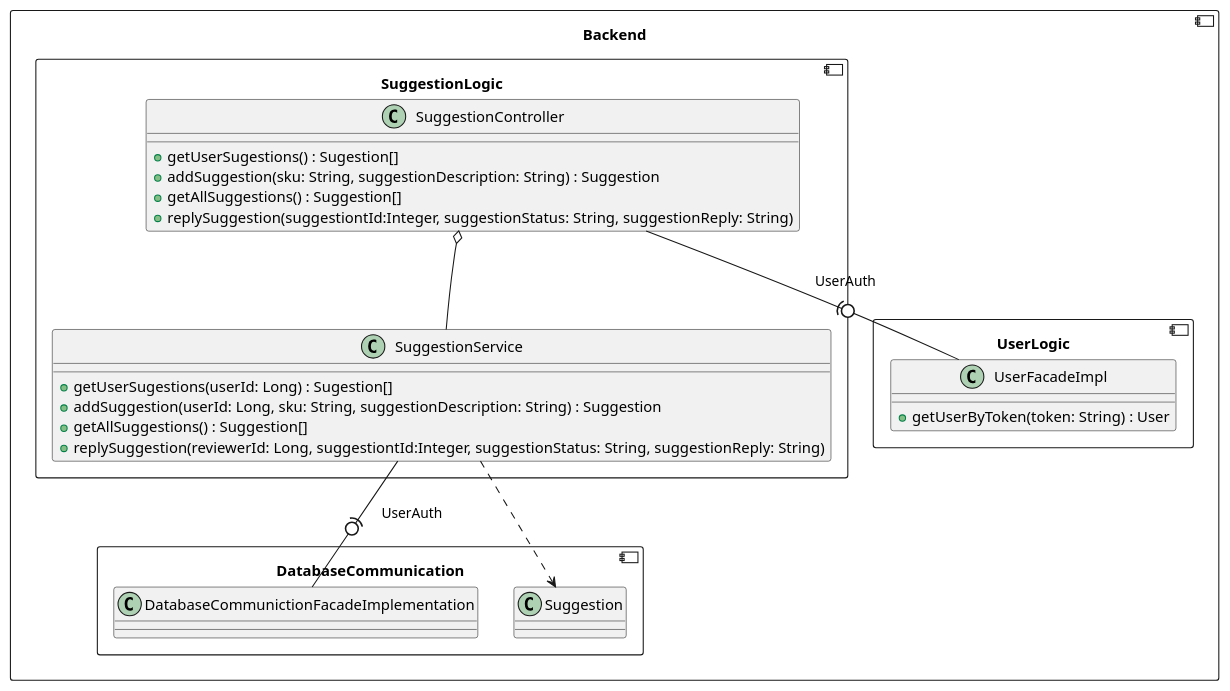
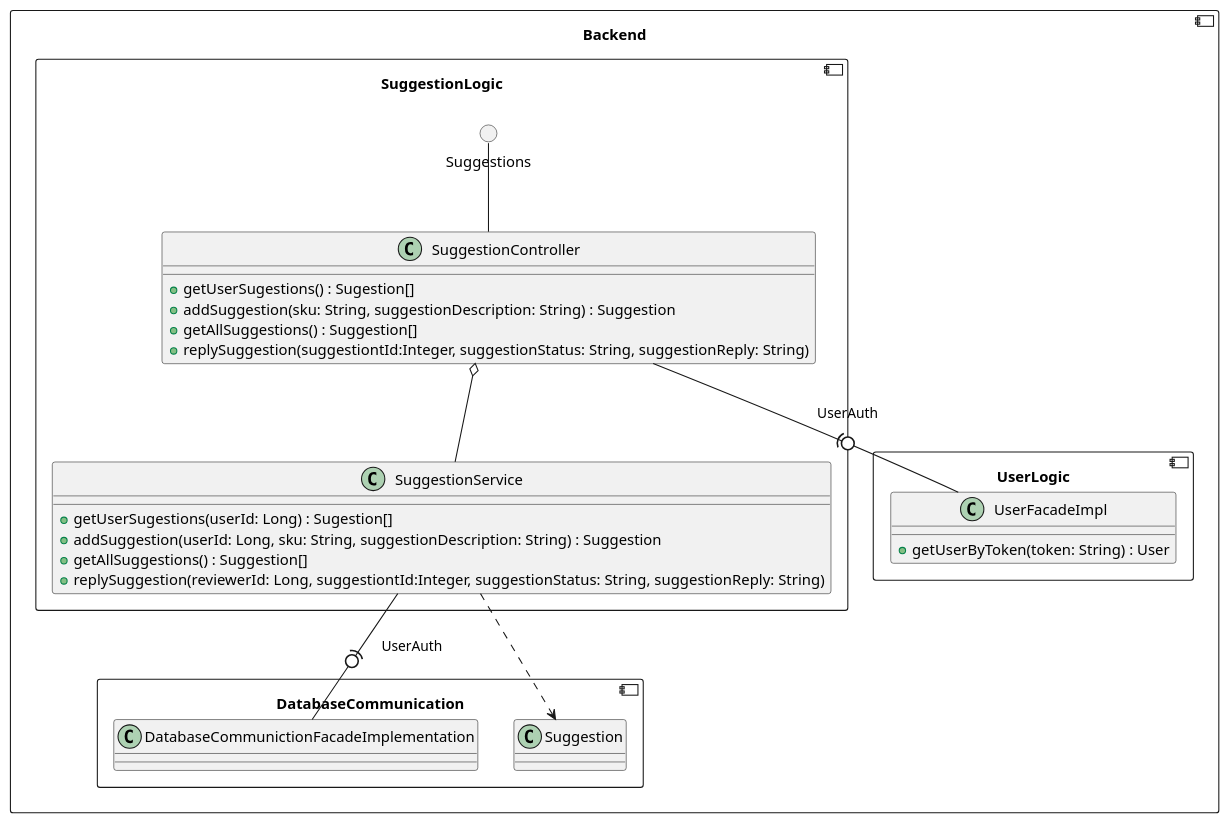
The fifth of 6 diagrams in FullClassDiagrams.md (RadekBucki/OpinionCollectorArchitecture), drawn with PlantUML before and after one commit. The commit also changed other lines of this file, not shown here.

Commit message:
Opinion diagram and some fixes

````diff
--- a/FullClassDiagrams.md
+++ b/FullClassDiagrams.md
@@ -234,32 +239,34 @@
 ```plantuml
 component Backend {
     component SuggestionLogic {
+        circle Suggestions
         class SuggestionController {
             + getUserSugestions() : Sugestion[]
             + addSuggestion(sku: String, suggestionDescription: String) : Suggestion
             + getAllSuggestions() : Suggestion[]
             + replySuggestion(suggestiontId:Integer, suggestionStatus: String, suggestionReply: String)
         }
         class SuggestionService {
             + getUserSugestions(userId: Long) : Sugestion[]
             + addSuggestion(userId: Long, sku: String, suggestionDescription: String) : Suggestion
             + getAllSuggestions() : Suggestion[]
             + replySuggestion(reviewerId: Long, suggestiontId:Integer, suggestionStatus: String, suggestionReply: String)
         }
         SuggestionController o-- SuggestionService
+        Suggestions -- SuggestionController
     }
     component DatabaseCommunication {
         class DatabaseCommunictionFacadeImplementation
         class Suggestion
     }
     SuggestionService -(0- DatabaseCommunictionFacadeImplementation : UserAuth
     
     component UserLogic {
         class UserFacadeImpl {
             + getUserByToken(token: String) : User
         }
     }
     SuggestionController -(0- UserFacadeImpl : UserAuth
     SuggestionService    ..> Suggestion
 }
 ```
````
